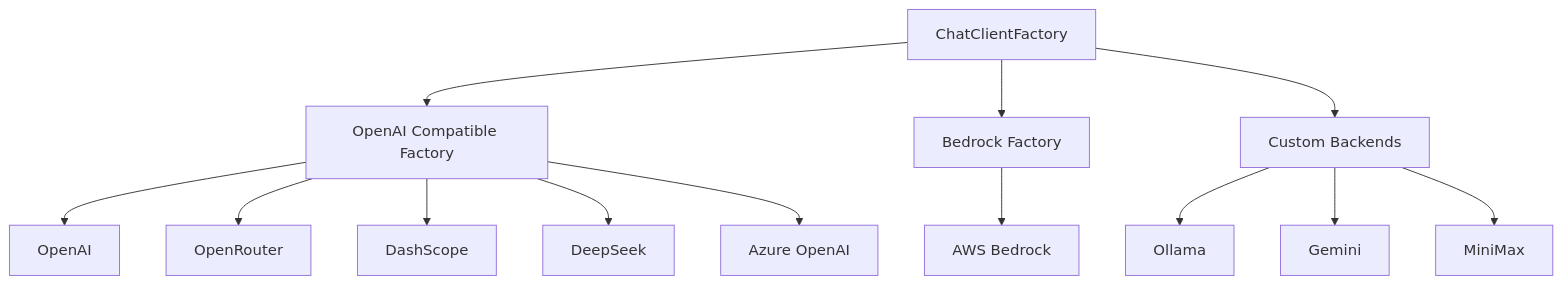
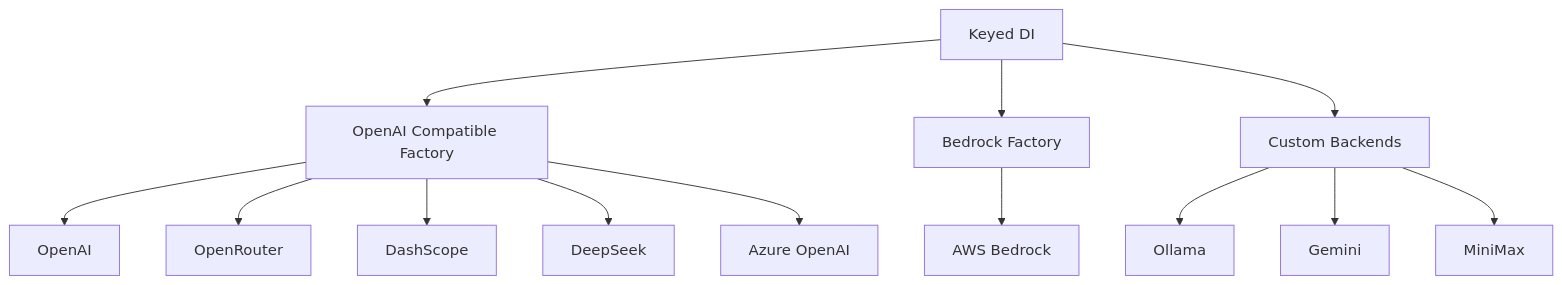
The first of 2 diagrams in docs/architecture/runtime/ai-provider-architecture.md (daohunliwei/Heimdall), drawn with Mermaid before and after one commit. The commit also changed other lines of this file and 34 other files, not shown here.

````diff
--- a/docs/architecture/runtime/ai-provider-architecture.md
+++ b/docs/architecture/runtime/ai-provider-architecture.md
@@ -29,17 +29,17 @@
 ```mermaid
 flowchart TD
-    Factory[ChatClientFactory] --> OpenAI[OpenAI Compatible Factory]
-    Factory --> Bedrock[Bedrock Factory]
-    Factory --> Custom[Custom Backends]
+    DI[Keyed DI] --> OpenAI[OpenAI Compatible Factory]
+    DI --> Bedrock[Bedrock Factory]
+    DI --> Custom[Custom Backends]
 
     OpenAI --> O1[OpenAI]
     OpenAI --> O2[OpenRouter]
     OpenAI --> O3[DashScope]
     OpenAI --> O4[DeepSeek]
     OpenAI --> O5[Azure OpenAI]
 
     Bedrock --> B1[AWS Bedrock]
     Custom --> C1[Ollama]
     Custom --> C2[Gemini]
     Custom --> C3[MiniMax]
 ```
````
